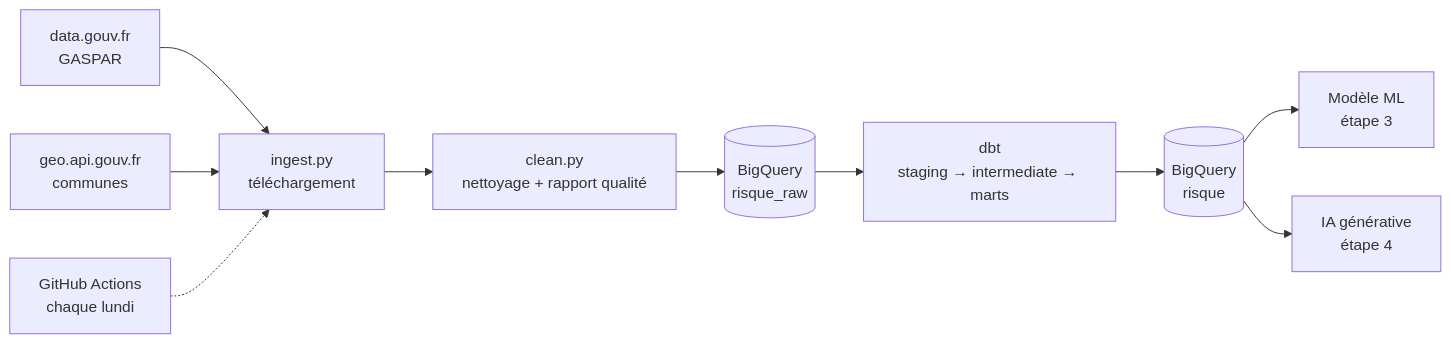
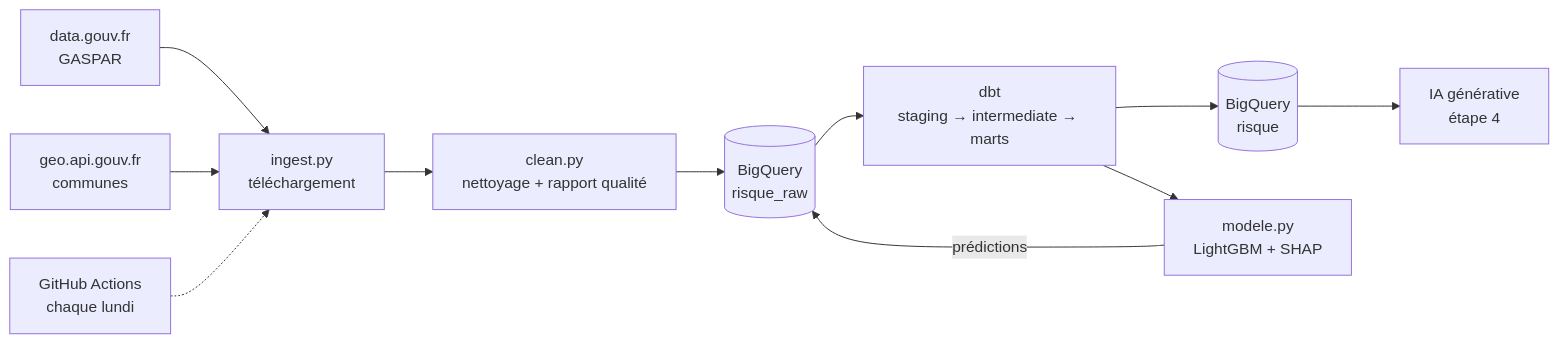
One commit to sabcelia1/risque-climatique-communes changed the diagram in README.md. Above: the diagram before and after it, drawn with Mermaid. The commit also changed other lines of this file and 5 other files, not shown here.

````diff
--- a/README.md
+++ b/README.md
@@ -47,12 +47,13 @@
 ```mermaid
 flowchart LR
     A[data.gouv.fr<br/>GASPAR] --> C[ingest.py<br/>téléchargement]
     B[geo.api.gouv.fr<br/>communes] --> C
     C --> D[clean.py<br/>nettoyage + rapport qualité]
     D --> E[(BigQuery<br/>risque_raw)]
     E --> F[dbt<br/>staging → intermediate → marts]
     F --> G[(BigQuery<br/>risque)]
-    G --> H[Modèle ML<br/>étape 3]
+    F --> H[modele.py<br/>LightGBM + SHAP]
+    H -->|prédictions| E
     G --> I[IA générative<br/>étape 4]
     J[GitHub Actions<br/>chaque lundi] -.-> C
 ```
````
